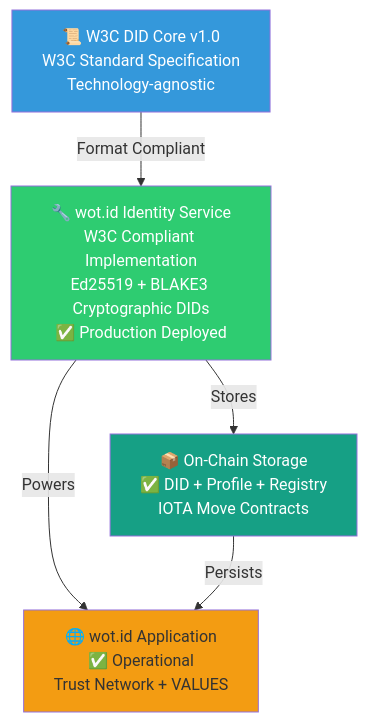
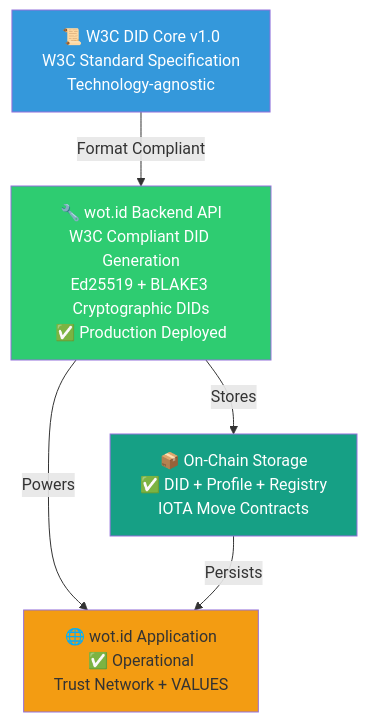
Before and after one commit to theweboftrust/wot.id-public-docs: the second of 4 diagrams in 01_Project_Overview_And_Principles.md, drawn with Mermaid. The commit also changed other lines of this file, not shown here.

````diff
--- a/01_Project_Overview_And_Principles.md
+++ b/01_Project_Overview_And_Principles.md
@@ -208,17 +208,17 @@
 ```mermaid
 graph TD
     W3C[📜 W3C DID Core v1.0<br/>W3C Standard Specification<br/>Technology-agnostic]
-    IDENTITY[🔧 wot.id Identity Service<br/>W3C Compliant Implementation<br/>Ed25519 + BLAKE3 Cryptographic DIDs<br/>✅ Production Deployed]
+    IDENTITY[🔧 wot.id Backend API<br/>W3C Compliant DID Generation<br/>Ed25519 + BLAKE3 Cryptographic DIDs<br/>✅ Production Deployed]
     WOT_APP[🌐 wot.id Application<br/>✅ Operational<br/>Trust Network + VALUES]
     ONCHAIN[📦 On-Chain Storage<br/>✅ DID + Profile + Registry<br/>IOTA Move Contracts]
 
     W3C -->|Format Compliant| IDENTITY
     IDENTITY -->|Powers| WOT_APP
     IDENTITY -->|Stores| ONCHAIN
     ONCHAIN -->|Persists| WOT_APP
 
     style W3C fill:#3498db,color:#fff
     style IDENTITY fill:#2ecc71,color:#fff
     style WOT_APP fill:#f39c12
     style ONCHAIN fill:#16a085,color:#fff
 ```
````
